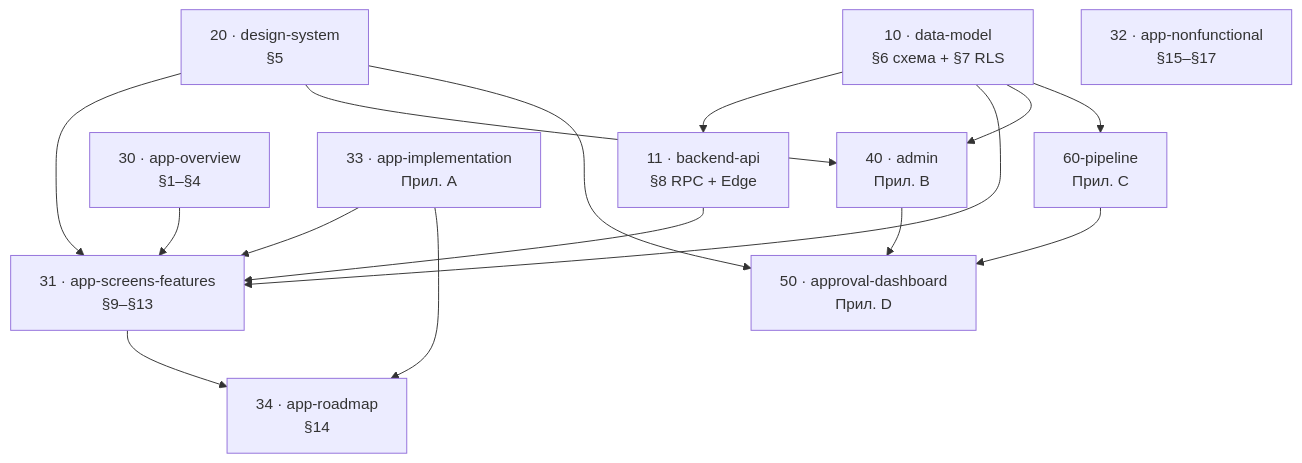
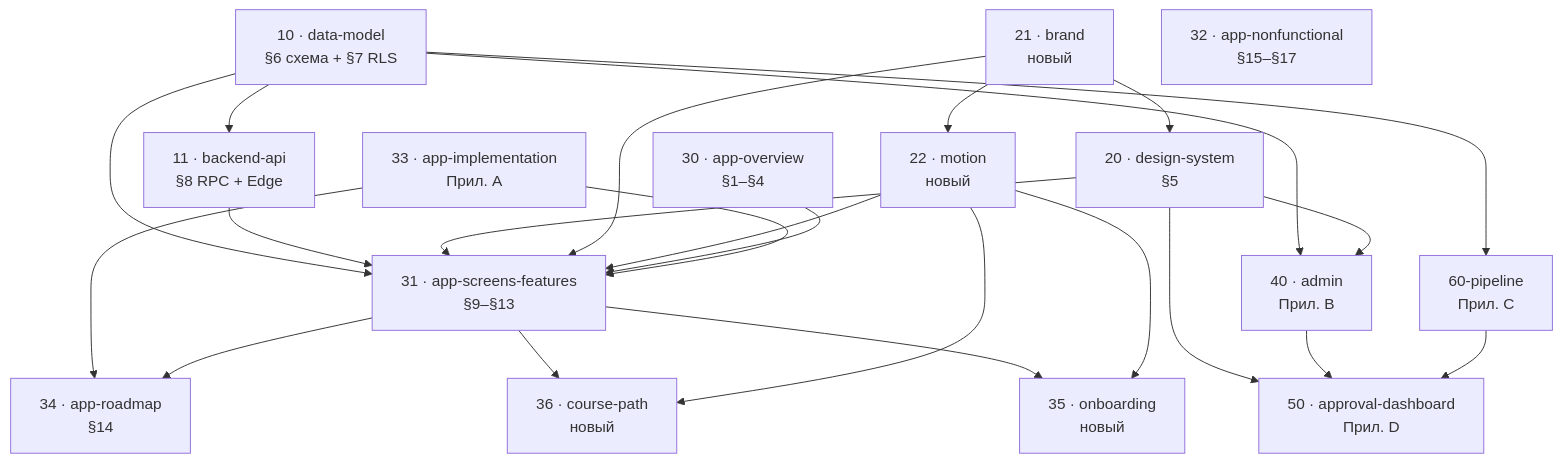
The diagram in spec/00-index.md (vasilydm/lorebinge), drawn with Mermaid before and after one commit. The commit also changed other lines of this file and 12 other files, not shown here.

````diff
--- a/spec/00-index.md
+++ b/spec/00-index.md
@@ -52,29 +64,41 @@
 ```mermaid
 graph TD
     DM[10 · data-model<br/>§6 схема + §7 RLS]
     API[11 · backend-api<br/>§8 RPC + Edge]
     DS[20 · design-system<br/>§5]
+    BRAND[21 · brand<br/>новый]
+    MOT[22 · motion<br/>новый]
     OV[30 · app-overview<br/>§1–§4]
     SCR[31 · app-screens-features<br/>§9–§13]
     NFR[32 · app-nonfunctional<br/>§15–§17]
     IMPL[33 · app-implementation<br/>Прил. A]
     ROAD[34 · app-roadmap<br/>§14]
+    ONB[35 · onboarding<br/>новый]
+    CP[36 · course-path<br/>новый]
     ADM[40 · admin<br/>Прил. B]
     APPR[50 · approval-dashboard<br/>Прил. D]
     PIPE[60-pipeline<br/>Прил. C]
 
     DM --> API
     DM --> SCR
     DM --> ADM
     DM --> PIPE
     API --> SCR
+    BRAND --> DS
+    BRAND --> MOT
     DS --> SCR
     DS --> ADM
     DS --> APPR
+    BRAND --> SCR
+    MOT --> SCR
     OV --> SCR
     IMPL --> SCR
     IMPL --> ROAD
     SCR --> ROAD
+    SCR --> CP
+    SCR --> ONB
+    MOT --> CP
+    MOT --> ONB
     ADM --> APPR
     PIPE --> APPR
 ```
````
